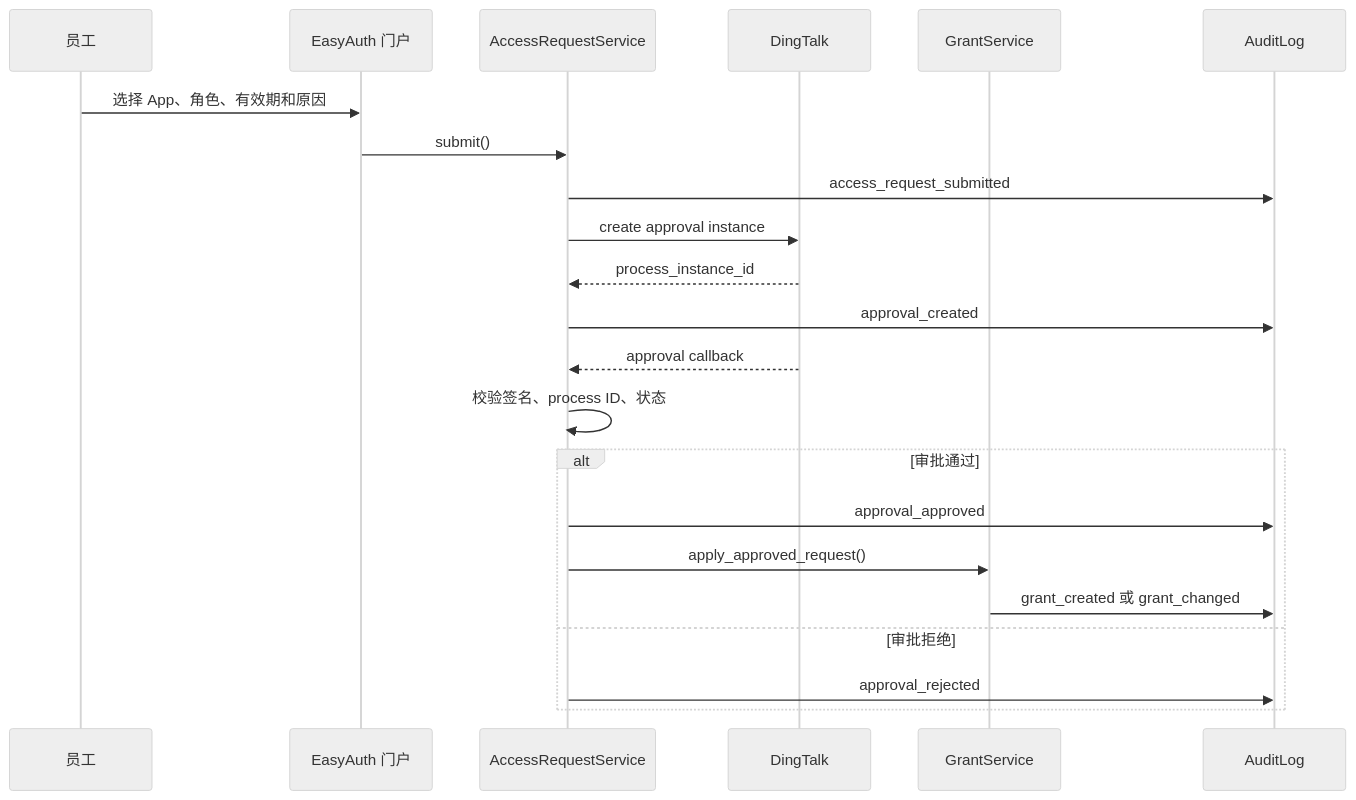
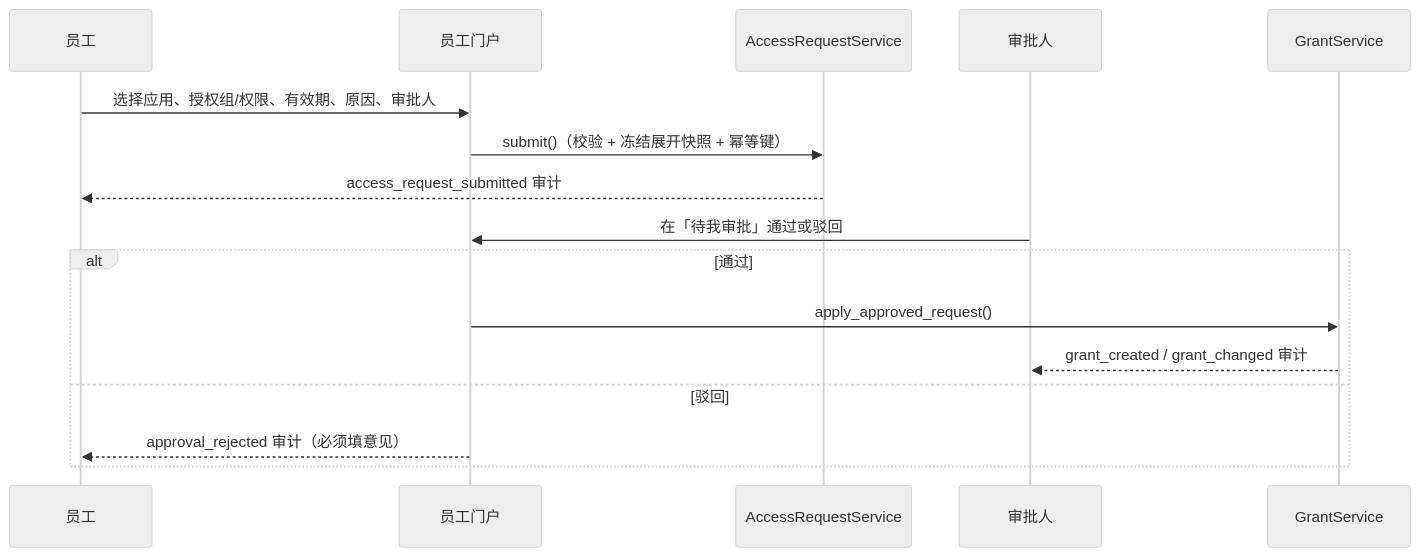
The diagram in docs/architecture/easyauth-architecture-design.md (12dora/EasyAuth), drawn with Mermaid (neutral theme) before and after one commit. The commit also changed other lines of this file and 65 other files, not shown here.

````diff
--- a/docs/architecture/easyauth-architecture-design.md
+++ b/docs/architecture/easyauth-architecture-design.md
@@ -527,25 +141,18 @@
 ```mermaid
 sequenceDiagram
   participant E as 员工
-  participant P as EasyAuth 门户
+  participant P as 员工门户
   participant R as AccessRequestService
-  participant D as DingTalk
+  participant A as 审批人
   participant G as GrantService
-  participant A as AuditLog
-
-  E->>P: 选择 App、角色、有效期和原因
-  P->>R: submit()
-  R->>A: access_request_submitted
-  R->>D: create approval instance
-  D-->>R: process_instance_id
-  R->>A: approval_created
-  D-->>R: approval callback
-  R->>R: 校验签名、process ID、状态
-  alt 审批通过
-    R->>A: approval_approved
-    R->>G: apply_approved_request()
-    G->>A: grant_created 或 grant_changed
-  else 审批拒绝
-    R->>A: approval_rejected
+  E->>P: 选择应用、授权组/权限、有效期、原因、审批人
+  P->>R: submit()（校验 + 冻结展开快照 + 幂等键）
+  R-->>E: access_request_submitted 审计
+  A->>P: 在「待我审批」通过或驳回
+  alt 通过
+    P->>G: apply_approved_request()
+    G-->>A: grant_created / grant_changed 审计
+  else 驳回
+    P-->>E: approval_rejected 审计（必须填意见）
   end
 ```
````
